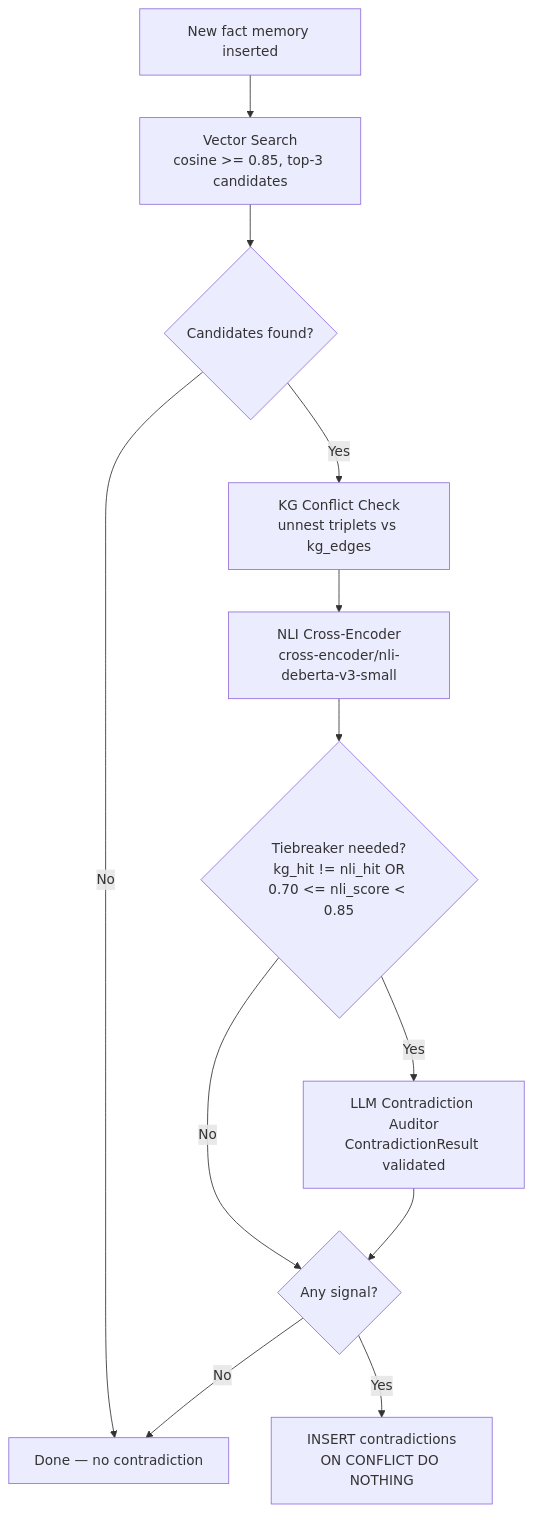
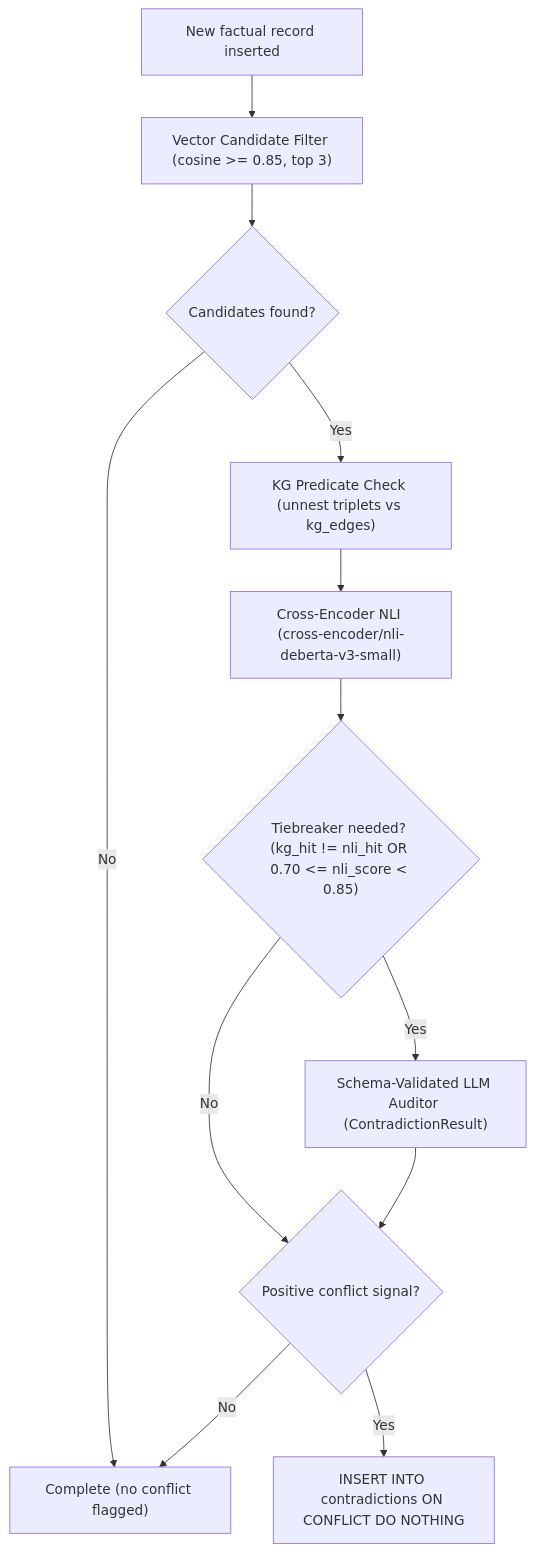
One commit to sindrehaugen/neuro-cognitive-engine changed the first of 2 diagrams in docs/cognitive_layer.md. Above: the diagram before and after it, drawn with Mermaid. The commit also changed other lines of this file and 35 other files, not shown here.

````diff
--- a/docs/cognitive_layer.md
+++ b/docs/cognitive_layer.md
@@ -143,14 +96,14 @@
 ```mermaid
 flowchart TD
-    A["New fact memory inserted"] --> B["Vector Search\ncosine >= 0.85, top-3 candidates"]
+    A["New factual record inserted"] --> B["Vector Candidate Filter (cosine >= 0.85, top 3)"]
     B --> C{"Candidates found?"}
-    C -- No --> Z["Done — no contradiction"]
-    C -- Yes --> D["KG Conflict Check\nunnest triplets vs kg_edges"]
-    D --> E["NLI Cross-Encoder\ncross-encoder/nli-deberta-v3-small"]
-    E --> F{"Tiebreaker needed?\nkg_hit != nli_hit OR\n0.70 <= nli_score < 0.85"}
-    F -- No --> G{"Any signal?"}
-    F -- Yes --> H["LLM Contradiction Auditor\nContradictionResult validated"]
+    C -- "No" --> Z["Complete (no conflict flagged)"]
+    C -- "Yes" --> D["KG Predicate Check (unnest triplets vs kg_edges)"]
+    D --> E["Cross-Encoder NLI (cross-encoder/nli-deberta-v3-small)"]
+    E --> F{"Tiebreaker needed? (kg_hit != nli_hit OR 0.70 <= nli_score < 0.85)"}
+    F -- "No" --> G{"Positive conflict signal?"}
+    F -- "Yes" --> H["Schema-Validated LLM Auditor (ContradictionResult)"]
     H --> G
-    G -- No --> Z
-    G -- Yes --> I["INSERT contradictions\nON CONFLICT DO NOTHING"]
+    G -- "No" --> Z
+    G -- "Yes" --> I["INSERT INTO contradictions ON CONFLICT DO NOTHING"]
 ```
````
